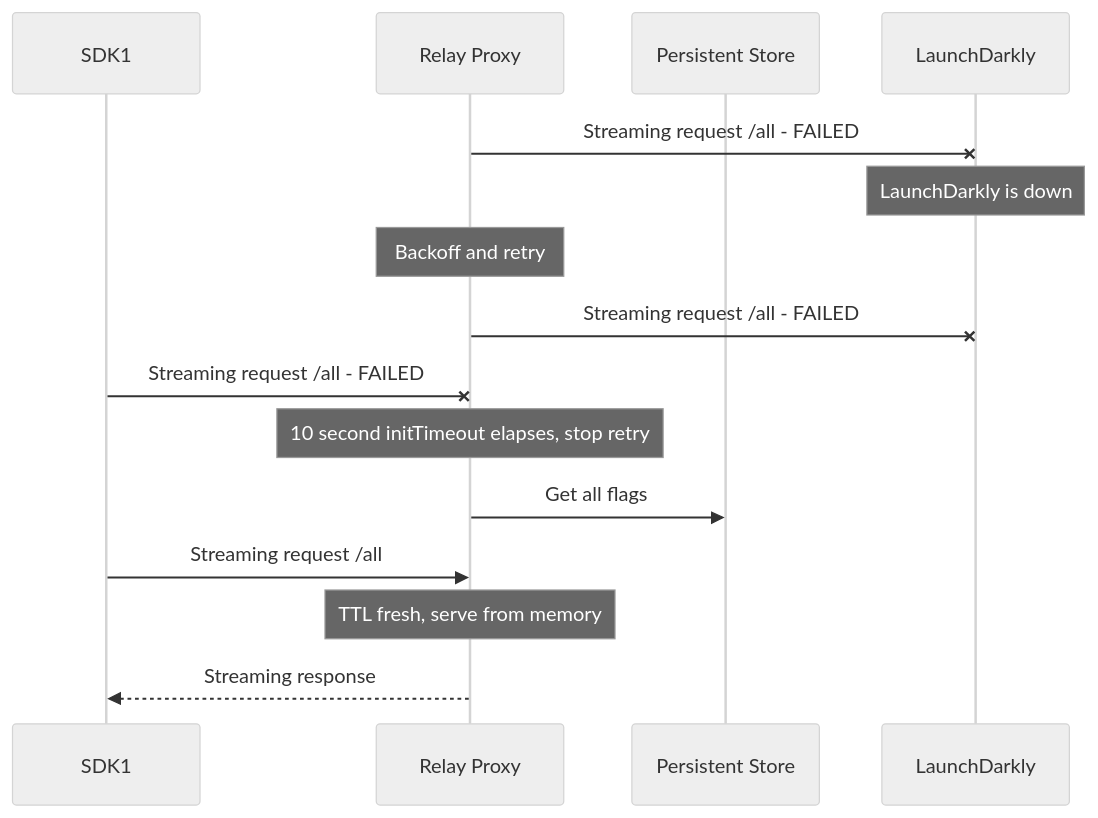
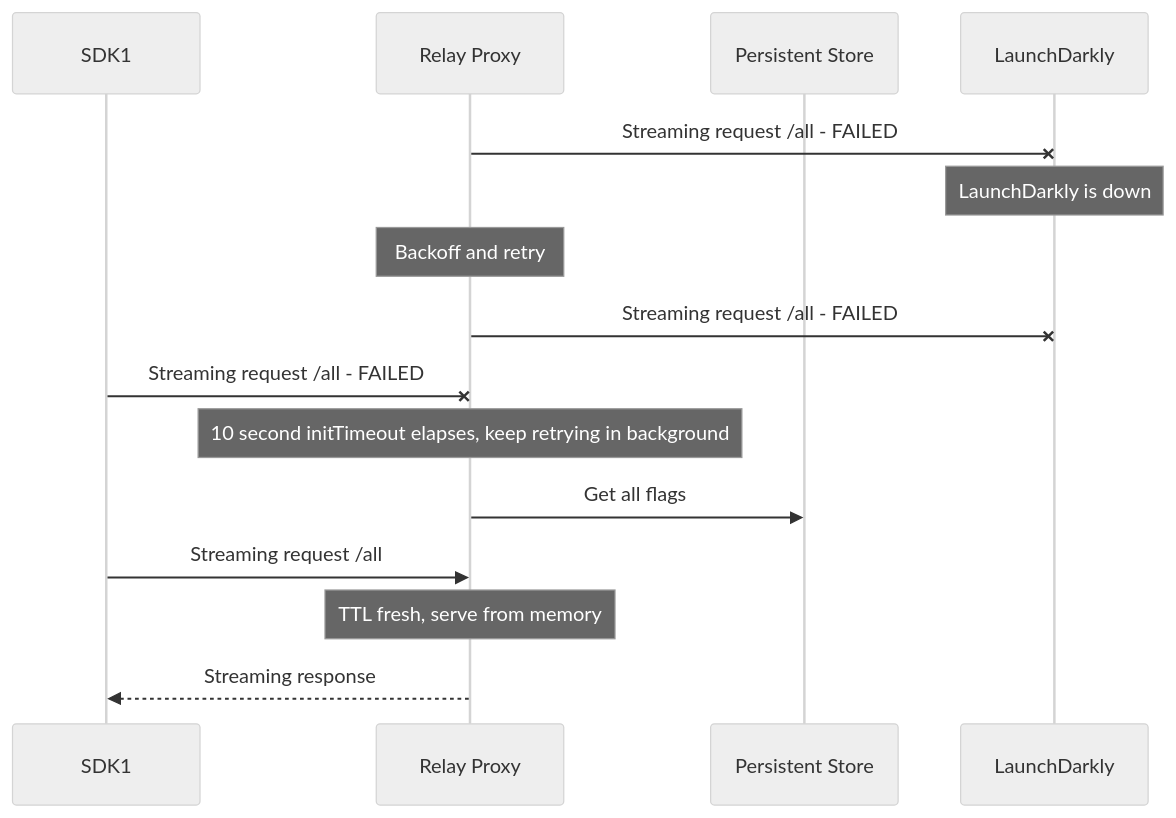
The third of 4 diagrams in docs/persistent-storage.md (launchdarkly/ld-relay), drawn with Mermaid (neutral theme) before and after one commit. The commit also changed 13 other files, not shown here.

````diff
--- a/docs/persistent-storage.md
+++ b/docs/persistent-storage.md
@@ -144,19 +144,19 @@
 ```mermaid
 sequenceDiagram
 participant SDK1
 participant Relay Proxy
 participant Persistent Store
 participant LD as LaunchDarkly
 
 Relay Proxy-xLD: Streaming request /all - FAILED
 note over LD: LaunchDarkly is down
 note over Relay Proxy: Backoff and retry
 Relay Proxy-xLD: Streaming request /all - FAILED
 SDK1-xRelay Proxy: Streaming request /all - FAILED
-note over Relay Proxy: 10 second initTimeout elapses, stop retry
+note over Relay Proxy: 10 second initTimeout elapses, keep retrying in background
 Relay Proxy->>Persistent Store: Get all flags
 SDK1->>Relay Proxy: Streaming request /all
 note over Relay Proxy: TTL fresh, serve from memory
 Relay Proxy-->>SDK1: Streaming response
 
 ```
````
